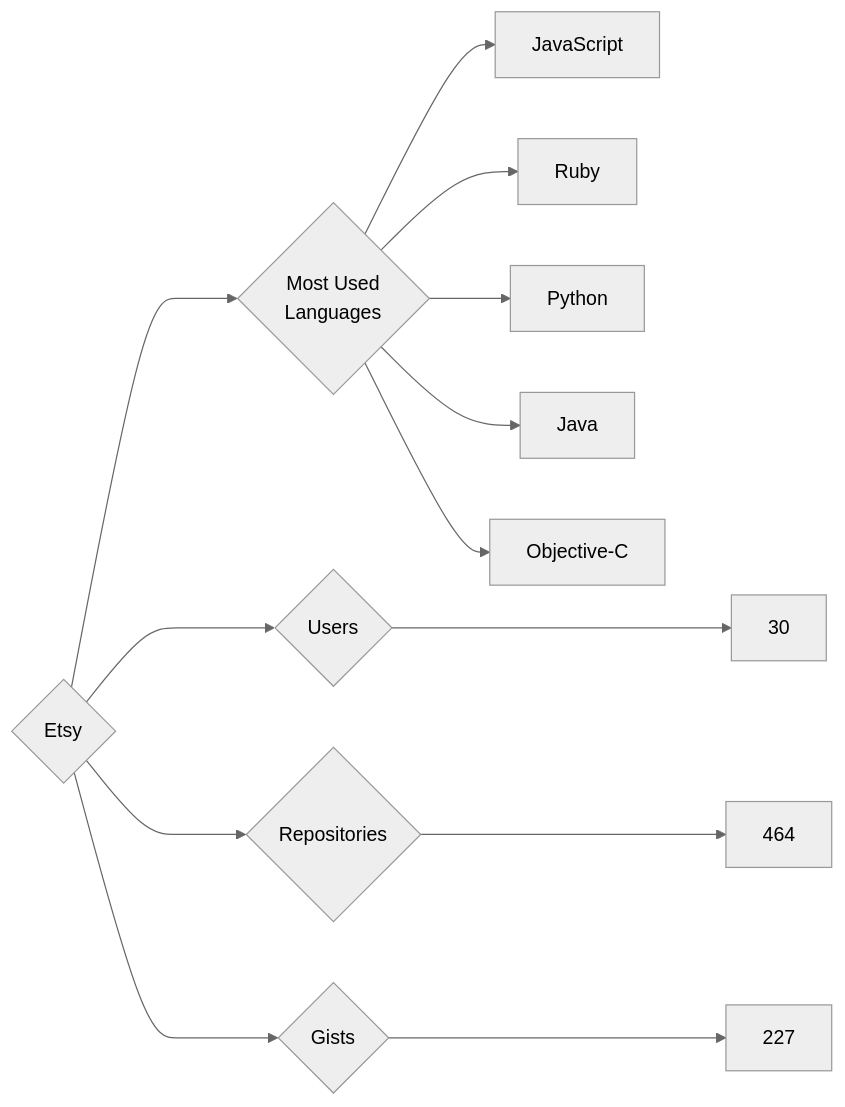
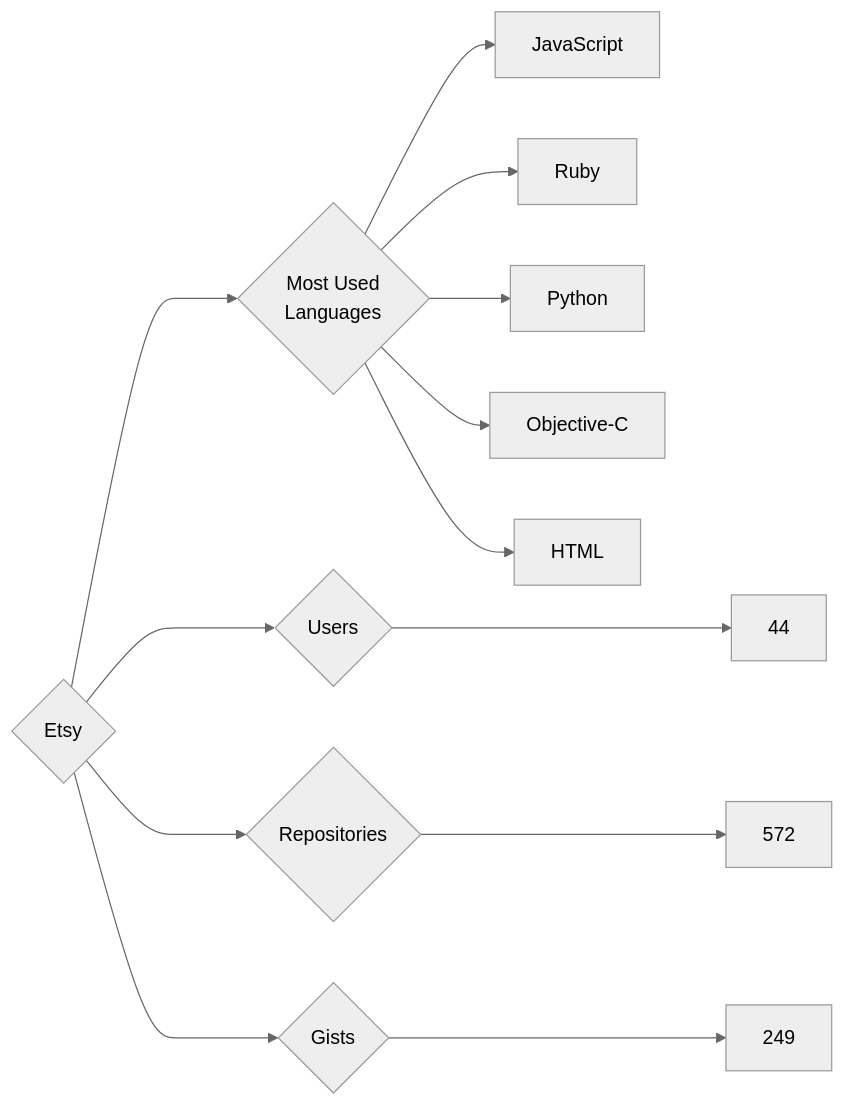
The diagram in targets/Etsy/README.md (trickest/insiders), drawn with Mermaid (neutral theme) before and after one commit. The commit also changed 951 other files, not shown here.

````diff
--- a/targets/Etsy/README.md
+++ b/targets/Etsy/README.md
@@ -3,13 +3,13 @@
 ```mermaid
 graph LR
 COMPANY_NAME{Etsy}
-COMPANY_NAME ---> U{Users} ---> UN[30]
-COMPANY_NAME ---> R{Repositories} ---> RN[464]
-COMPANY_NAME ---> G{Gists} ---> GN[227]
+COMPANY_NAME ---> U{Users} ---> UN[44]
+COMPANY_NAME ---> R{Repositories} ---> RN[572]
+COMPANY_NAME ---> G{Gists} ---> GN[249]
 COMPANY_NAME ---> ML{Most Used<br>Languages}
 ML --> JavaScript[JavaScript]
 ML --> Ruby[Ruby]
 ML --> Python[Python]
-ML --> Java[Java]
 ML --> Objective-C[Objective-C]
+ML --> HTML[HTML]
 ```
````
